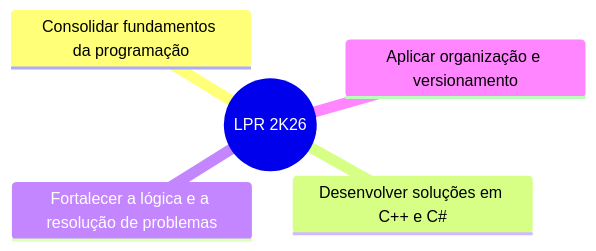
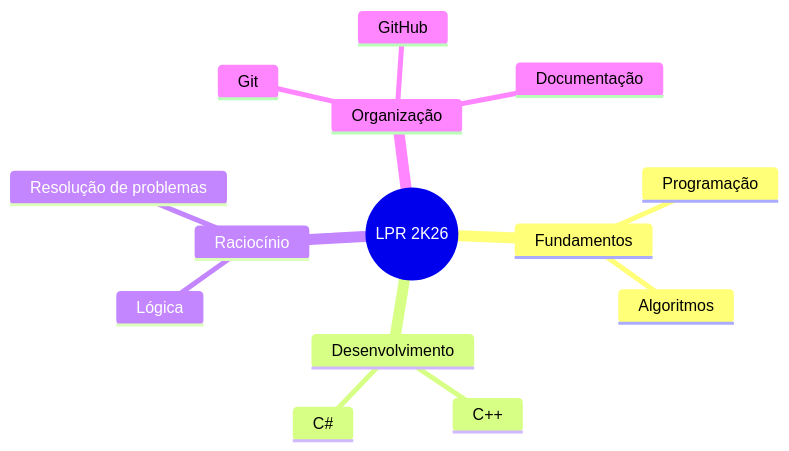
Before and after one commit to Tuany-rvlh/LPR_2k26: the diagram in README.md, drawn with Mermaid. The commit also changed other lines of this file, not shown here.

````diff
--- a/README.md
+++ b/README.md
@@ -232,8 +103,17 @@
 ```mermaid
 mindmap
   root((LPR 2K26))
-    Consolidar fundamentos da programação
-    Desenvolver soluções em C++ e C#
-    Fortalecer a lógica e a resolução de problemas
-    Aplicar organização e versionamento
+    Fundamentos
+      Programação
+      Algoritmos
+    Desenvolvimento
+      C++
+      C#
+    Raciocínio
+      Lógica
+      Resolução de problemas
+    Organização
+      Git
+      GitHub
+      Documentação
 ```
````
